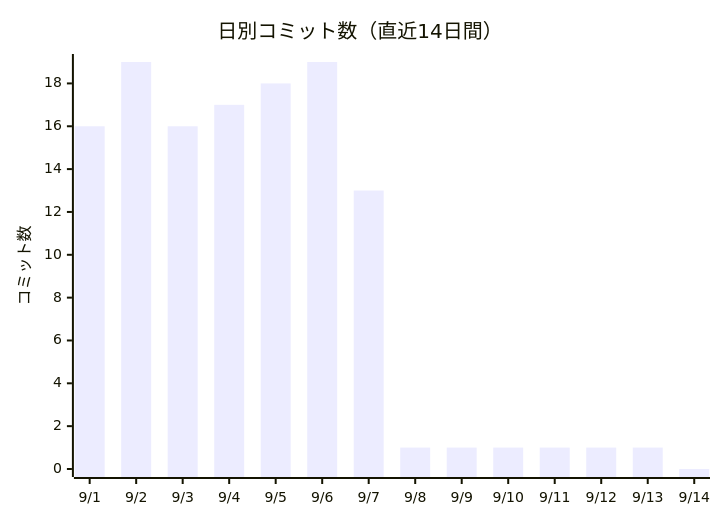
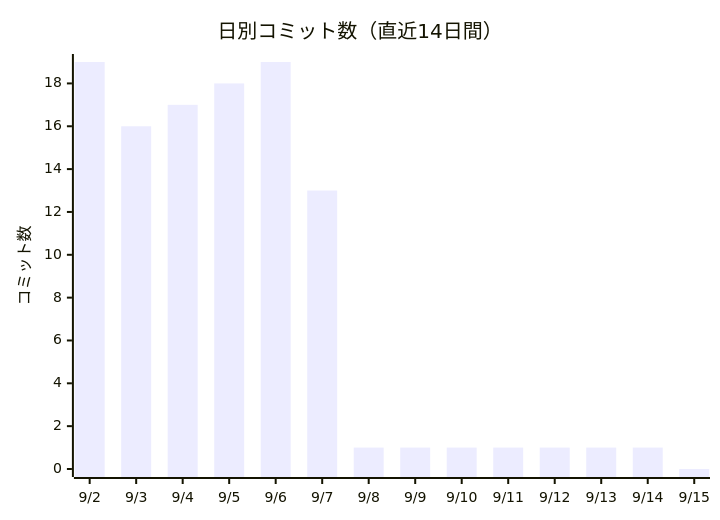
The first of 2 diagrams in docs/進化レポート.md (non-x2/non-x2), drawn with Mermaid before and after one commit. The commit also changed other lines of this file and 1 other file, not shown here.

````diff
--- a/docs/進化レポート.md
+++ b/docs/進化レポート.md
@@ -23,7 +23,7 @@
 ```mermaid
 xychart-beta
     title "日別コミット数（直近14日間）"
-    x-axis ["9/1", "9/2", "9/3", "9/4", "9/5", "9/6", "9/7", "9/8", "9/9", "9/10", "9/11", "9/12", "9/13", "9/14"]
+    x-axis ["9/2", "9/3", "9/4", "9/5", "9/6", "9/7", "9/8", "9/9", "9/10", "9/11", "9/12", "9/13", "9/14", "9/15"]
     y-axis "コミット数"
-    bar [16, 19, 16, 17, 18, 19, 13, 1, 1, 1, 1, 1, 1, 0]
+    bar [19, 16, 17, 18, 19, 13, 1, 1, 1, 1, 1, 1, 1, 0]
 ```
````
